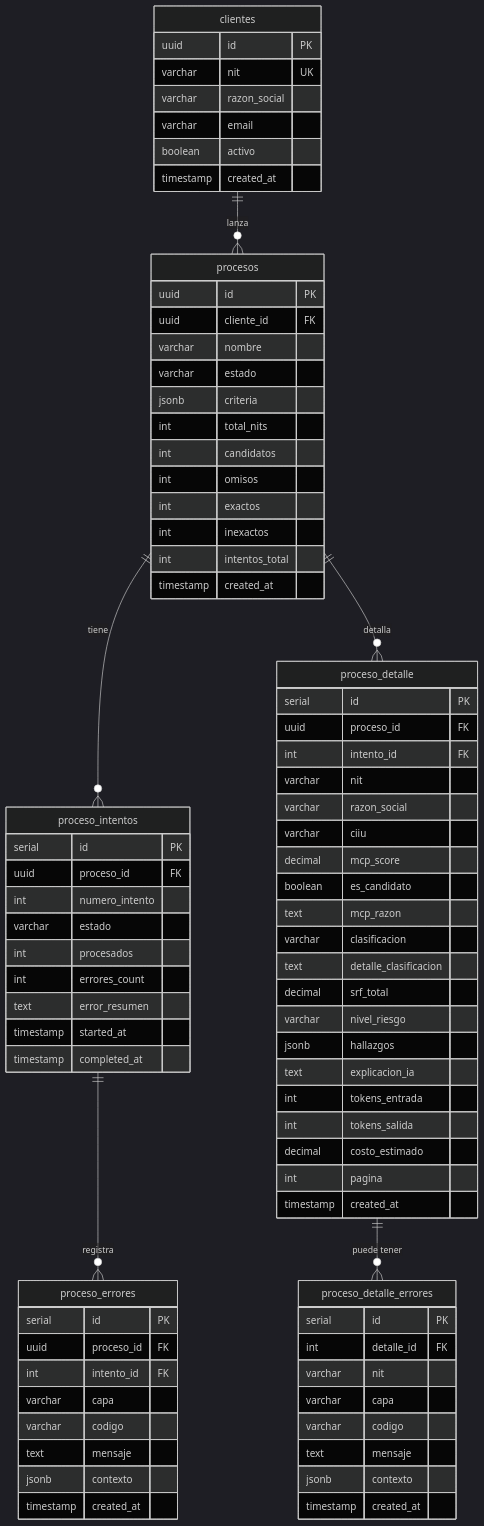
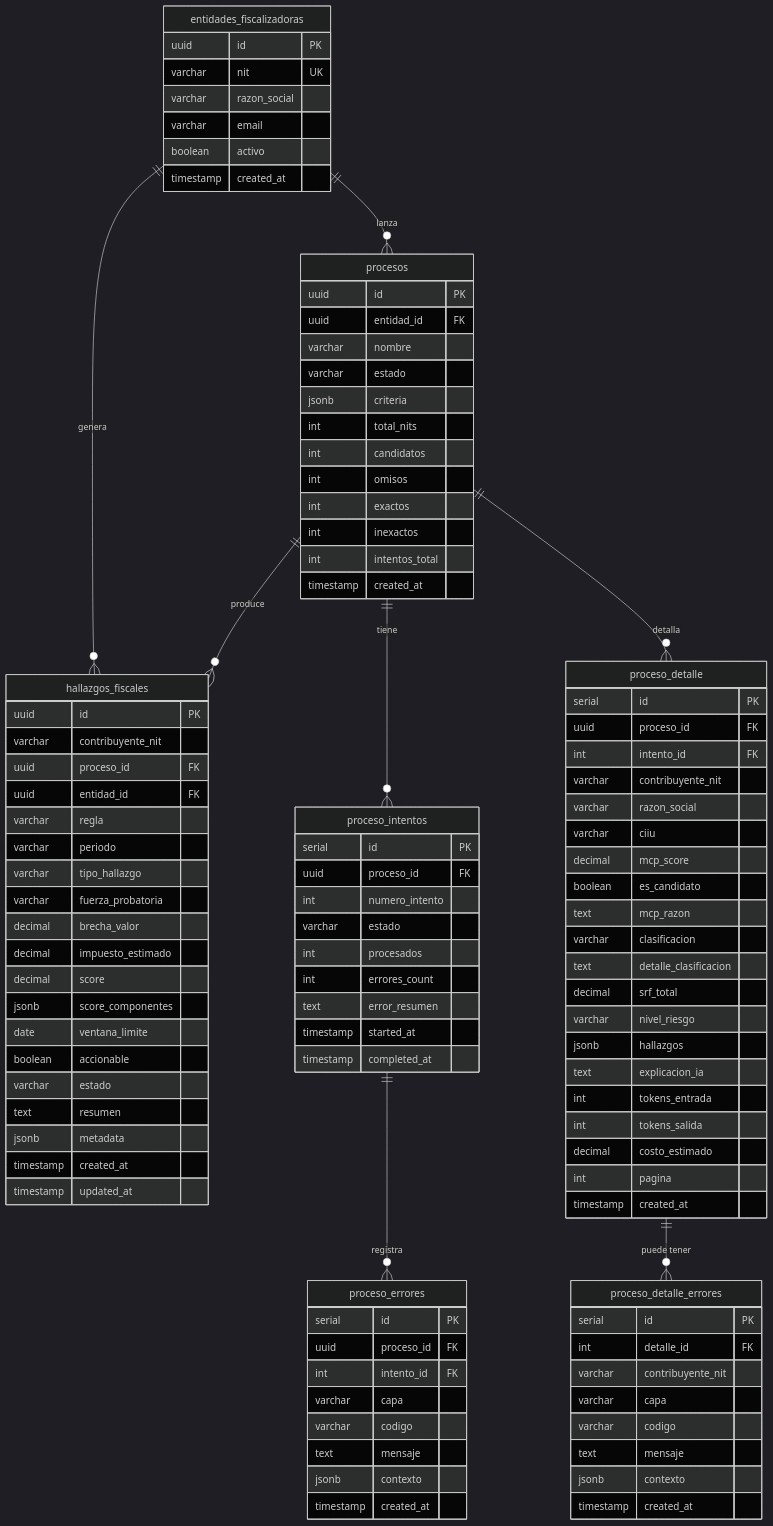
One commit to InforTributos/fiscalia-ia changed the first of 2 diagrams in docs/02-modelo-datos.md. Above: the diagram before and after it, drawn with Mermaid (dark theme). The commit also changed other lines of this file and 90 other files, not shown here.

````diff
--- a/docs/02-modelo-datos.md
+++ b/docs/02-modelo-datos.md
@@ -277,12 +348,14 @@
 ```mermaid
 erDiagram
-    clientes ||--o{ procesos : "lanza"
+    entidades_fiscalizadoras ||--o{ procesos : "lanza"
+    entidades_fiscalizadoras ||--o{ hallazgos_fiscales : "genera"
     procesos ||--o{ proceso_intentos : "tiene"
     procesos ||--o{ proceso_detalle : "detalla"
+    procesos ||--o{ hallazgos_fiscales : "produce"
     proceso_intentos ||--o{ proceso_errores : "registra"
     proceso_detalle ||--o{ proceso_detalle_errores : "puede tener"
 
-    clientes {
+    entidades_fiscalizadoras {
         uuid id PK
         varchar nit UK
         varchar razon_social
@@ -293,7 +366,7 @@
 
     procesos {
         uuid id PK
-        uuid cliente_id FK
+        uuid entidad_id FK
         varchar nombre
         varchar estado
         jsonb criteria
@@ -322,7 +395,7 @@
         serial id PK
         uuid proceso_id FK
         int intento_id FK
-        varchar nit
+        varchar contribuyente_nit
         varchar razon_social
         varchar ciiu
         decimal mcp_score
@@ -355,11 +428,33 @@
     proceso_detalle_errores {
         serial id PK
         int detalle_id FK
-        varchar nit
+        varchar contribuyente_nit
         varchar capa
         varchar codigo
         text mensaje
         jsonb contexto
         timestamp created_at
     }
+
+    hallazgos_fiscales {
+        uuid id PK
+        varchar contribuyente_nit
+        uuid proceso_id FK
+        uuid entidad_id FK
+        varchar regla
+        varchar periodo
+        varchar tipo_hallazgo
+        varchar fuerza_probatoria
+        decimal brecha_valor
+        decimal impuesto_estimado
+        decimal score
+        jsonb score_componentes
+        date ventana_limite
+        boolean accionable
+        varchar estado
+        text resumen
+        jsonb metadata
+        timestamp created_at
+        timestamp updated_at
+    }
 ```
````
